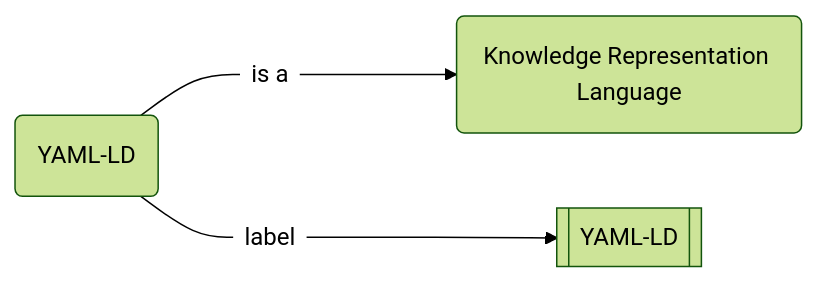
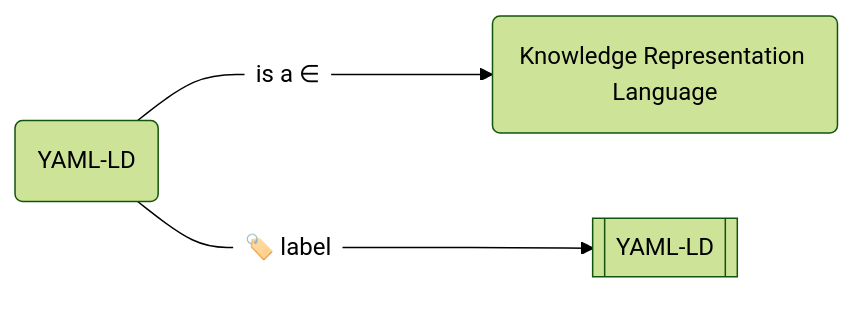
Before and after one commit to iolanta-tech/iolanta: the first of 2 diagrams in docs/howto/nanopublish/index.md, drawn with Mermaid (forest theme).

Commit message:
#309 Update the Mermaid diagram

````diff
--- a/docs/howto/nanopublish/index.md
+++ b/docs/howto/nanopublish/index.md
@@ -17,14 +17,16 @@
 ```mermaid
 graph LR
-    yaml-ld("YAML-LD") --- rdf-type(("is a")) ---> knowledge-representation-language("Knowledge Representation Language")
+    yaml-ld("YAML-LD")
+        --- rdf-type(("is a ∈"))
+        ---> knowledge-representation-language("Knowledge Representation Language")
     click yaml-ld "https://json-ld.github.io/yaml-ld/spec/"
     click knowledge-representation-language "https://w3id.org/fair/fip/terms/Knowledge-representation-language"
     click rdf-type "http://www.w3.org/1999/02/22-rdf-syntax-ns#type"
     
-    yaml-ld --- rdfs-label(("label")) ---> label[["YAML-LD"]]
+    yaml-ld --- rdfs-label(("🏷️ label")) ---> label[["YAML-LD"]]
     click rdfs-label "http://www.w3.org/2000/01/rdf-schema#"
     
     classDef predicate fill:none,stroke:none,stroke-width:0px;
     class rdfs-label predicate
     class rdf-type predicate
 ```
````
